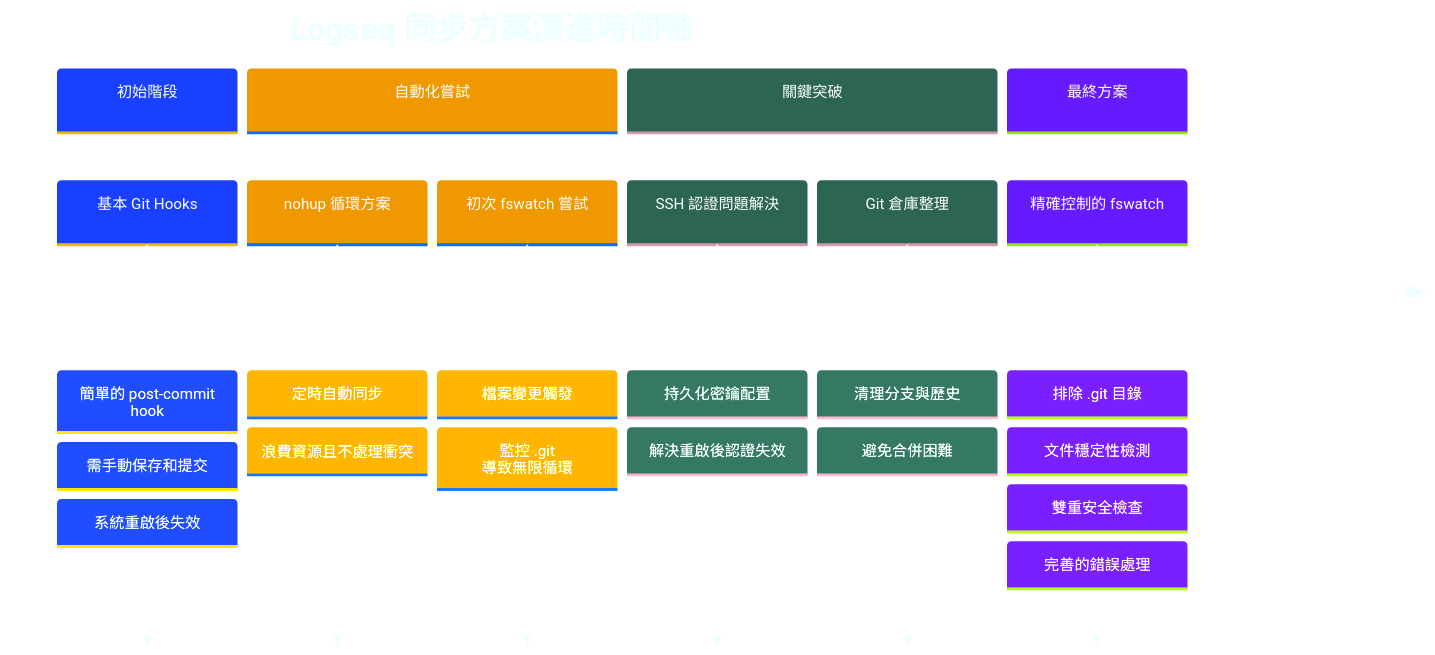
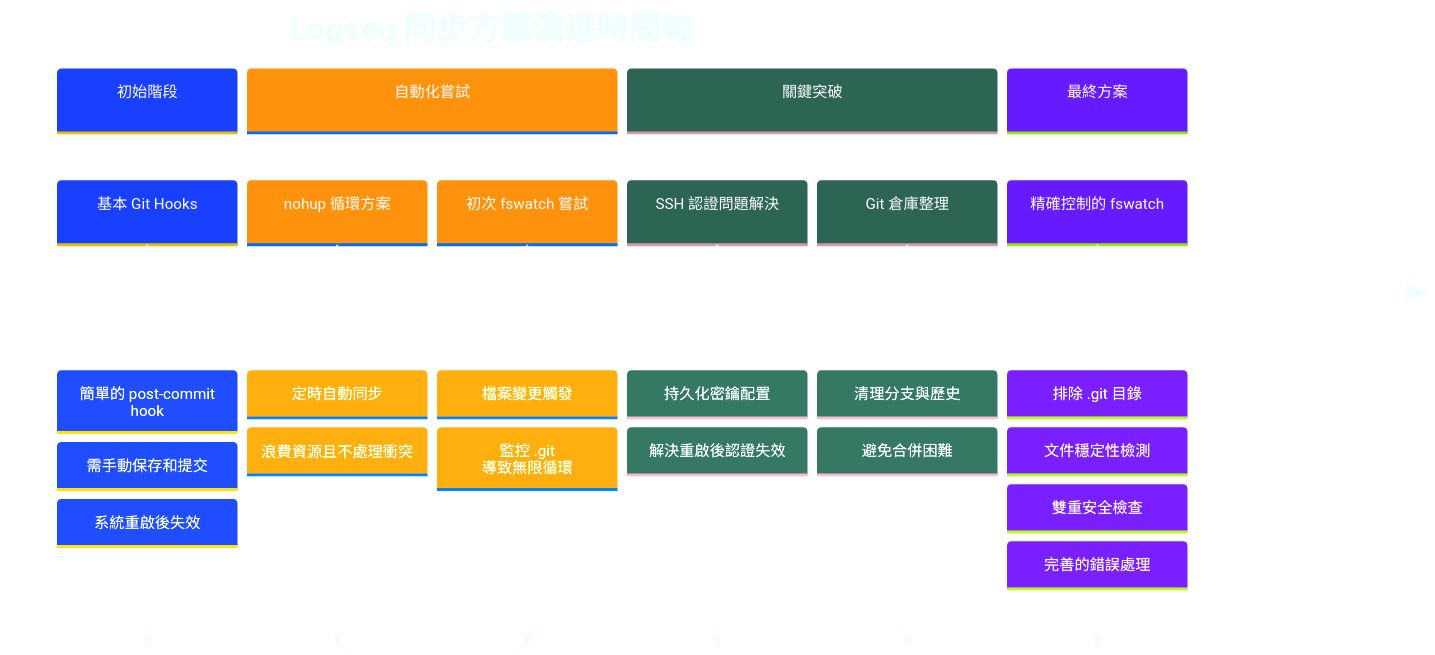
One commit to GengGeng026/Sync-Logseq changed the first of 2 diagrams in Logseq同步方案演進記錄.md. Above: the diagram before and after it, drawn with Mermaid.

Commit message:
Auto-sync: Wed Mar 26 08:43:10 +08 2025

````diff
--- a/Logseq同步方案演進記錄.md
+++ b/Logseq同步方案演進記錄.md
@@ -27,45 +27,45 @@
 ```mermaid
 %%{init: {
   'theme': 'base', 
   'themeVariables': {
     'primaryColor': '#99AAFF',
-    'secondaryColor': '#FFCB6F',
+    'secondaryColor': '#FFCB8B',
     'tertiaryColor': '#59B79A',
     'quaternaryColor': '#F07178',
     'primaryTextColor': '#FFFFFF',
     'primaryBorderColor': '#59B79A',
     'lineColor': '#C792EA',
     'background': 'transparent',
     'textColor': '#EEFFFF',
     'nodeBorder': '#59B79A',
     'clusterBkg': 'transparent',
     'titleColor': '#EEFFFF',
     'sectionBkgColor': '#273747',
     'sectionBkgColor2': '#334455',
     'sectionBkgColor3': '#3A4A5A',
     'sectionBkgColor4': '#42546A',
     'sectionBkgColor5': '#4B5E78'
   }
 }}%%
 timeline
     title Logseq 同步方案演進時間軸
     section 初始階段
         基本 Git Hooks : 簡單的 post-commit hook
         : 需手動保存和提交
         : 系統重啟後失效
     section 自動化嘗試
         nohup 循環方案 : 定時自動同步
         : 浪費資源且不處理衝突
         初次 fswatch 嘗試 : 檔案變更觸發
         : 監控 .git 導致無限循環
     section 關鍵突破
         SSH 認證問題解決 : 持久化密鑰配置
         : 解決重啟後認證失效
         Git 倉庫整理 : 清理分支與歷史
         : 避免合併困難
     section 最終方案
         精確控制的 fswatch : 排除 .git 目錄
         : 文件穩定性檢測
         : 雙重安全檢查
         : 完善的錯誤處理
 ```
````
